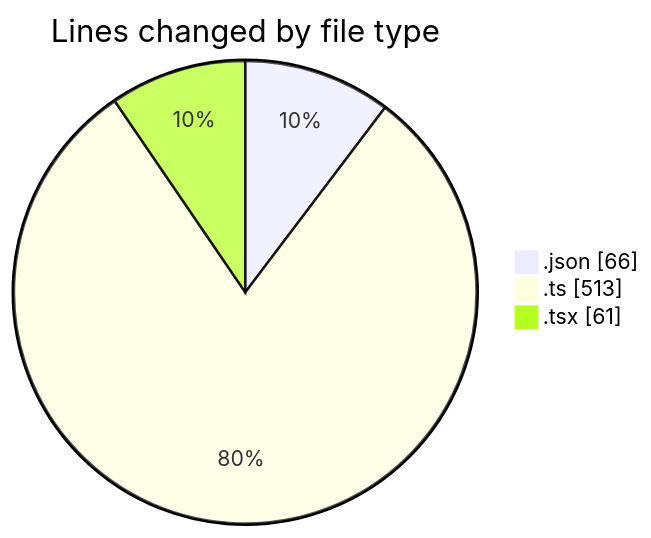
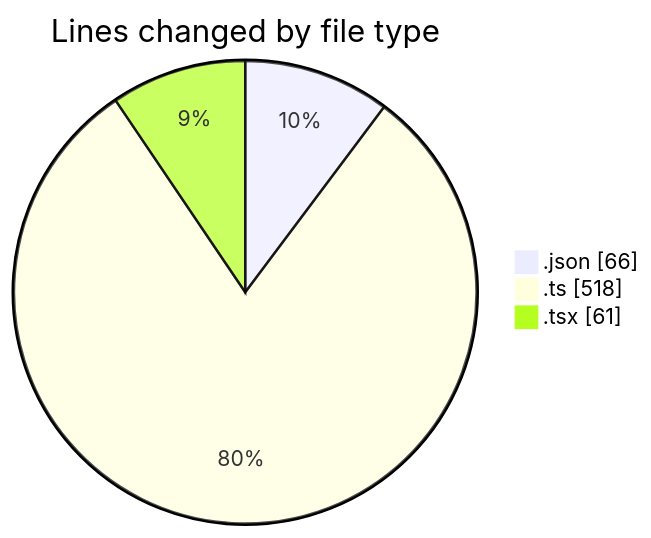
Before and after one commit to momahboobian/code-tracking: the first of 2 diagrams in 2025-05-09/cda/README.md, drawn with Mermaid. The commit also changed other lines of this file and 1 other file, not shown here.

````diff
--- a/2025-05-09/cda/README.md
+++ b/2025-05-09/cda/README.md
@@ -23,7 +23,7 @@
 ```mermaid
 pie showData
 title Lines changed by file type
 ".json" : 66
-".ts" : 513
+".ts" : 518
 ".tsx" : 61
 ```
````
